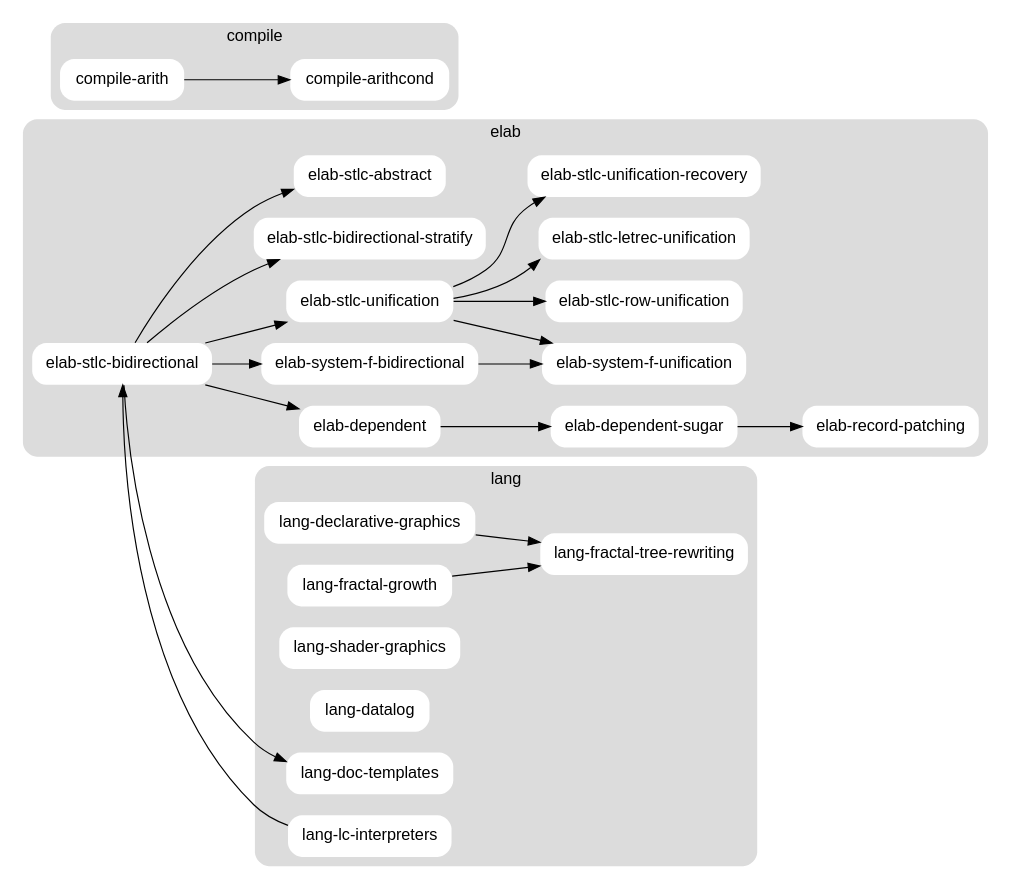
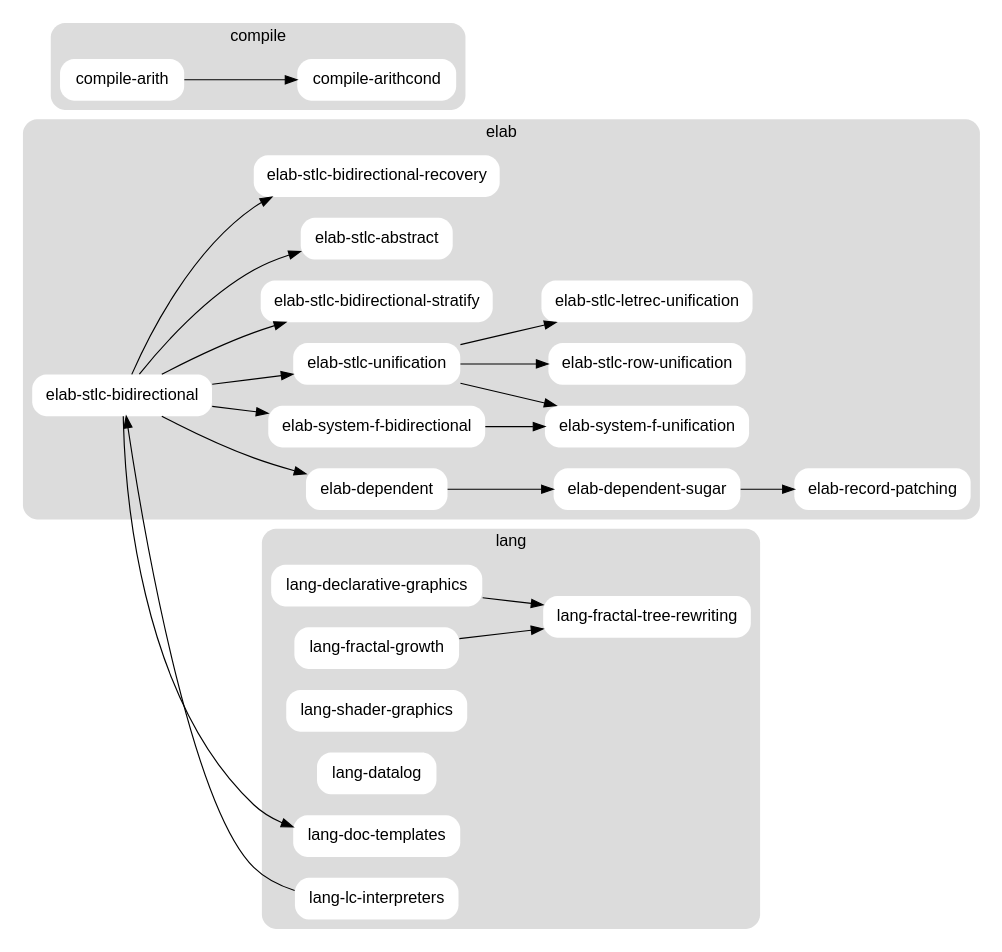
One commit to brendanzab/language-garden changed the diagram in garden.dot. Above: the diagram before and after it, drawn with Graphviz. The commit also changed 20 other files, not shown here.

Commit message:
change(elab-stlc-bidirectional-recovery): Remove unification

```diff
--- a/garden.dot
+++ b/garden.dot
@@ -1,82 +1,82 @@
 // dot -Tsvg garden.dot > garden.svg
 // dot -Tpng garden.dot | imgcat
 
 digraph garden {
 
   graph [
     color = "none",
     fillcolor = "gainsboro",
     fontname = "Helvetica,Arial,sans-serif",
     rankdir = LR,
     style = "filled, rounded",
   ];
 
   node [
     color = "none",
     fillcolor = "white",
     fontname = "Helvetica,Arial,sans-serif",
     margin = "0.2, 0.0",
     shape = "box",
     style = "filled, rounded",
   ];
 
   subgraph elab {
     label = "elab";
     cluster = true;
 
     "elab-dependent";
     "elab-dependent-sugar";
     "elab-record-patching";
 
     "elab-system-f-bidirectional";
     "elab-system-f-unification";
 
     "elab-stlc-bidirectional";
     "elab-stlc-unification";
     "elab-stlc-bidirectional-stratify";
     "elab-stlc-abstract";
     "elab-stlc-row-unification";
     "elab-stlc-letrec-unification";
-    "elab-stlc-unification-recovery";
+    "elab-stlc-bidirectional-recovery";
   }
 
   subgraph compile {
     label = "compile";
     cluster = true;
 
     "compile-arith";
     "compile-arithcond";
   }
 
   subgraph lang {
     label = "lang";
     cluster = true;
 
     "lang-declarative-graphics";
     "lang-fractal-growth";
     "lang-fractal-tree-rewriting";
     "lang-shader-graphics";
     "lang-datalog";
     "lang-doc-templates";
     "lang-lc-interpreters";
   }
 
+  "elab-stlc-bidirectional" -> "elab-stlc-bidirectional-recovery";
   "elab-stlc-bidirectional" -> "elab-stlc-bidirectional-stratify";
   "elab-stlc-bidirectional" -> "elab-stlc-unification";
   "elab-stlc-bidirectional" -> "elab-stlc-abstract";
   "elab-stlc-bidirectional" -> "elab-system-f-bidirectional";
   "elab-stlc-bidirectional" -> "elab-dependent";
   "elab-stlc-bidirectional" -> "lang-doc-templates";
-  "elab-stlc-unification" -> "elab-stlc-unification-recovery";
-  "elab-stlc-unification" -> "elab-stlc-letrec-unification":sw;
+  "elab-stlc-unification" -> "elab-stlc-letrec-unification";
   "elab-stlc-unification" -> "elab-stlc-row-unification";
   "elab-stlc-unification" -> "elab-system-f-unification";
   "elab-system-f-bidirectional" -> "elab-system-f-unification";
   "elab-dependent" -> "elab-dependent-sugar";
   "elab-dependent-sugar" -> "elab-record-patching";
   "compile-arith" -> "compile-arithcond";
   "lang-lc-interpreters" -> "elab-stlc-bidirectional";
   "lang-fractal-growth" -> "lang-fractal-tree-rewriting";
   "lang-declarative-graphics" -> "lang-fractal-tree-rewriting";
 
 }
```
